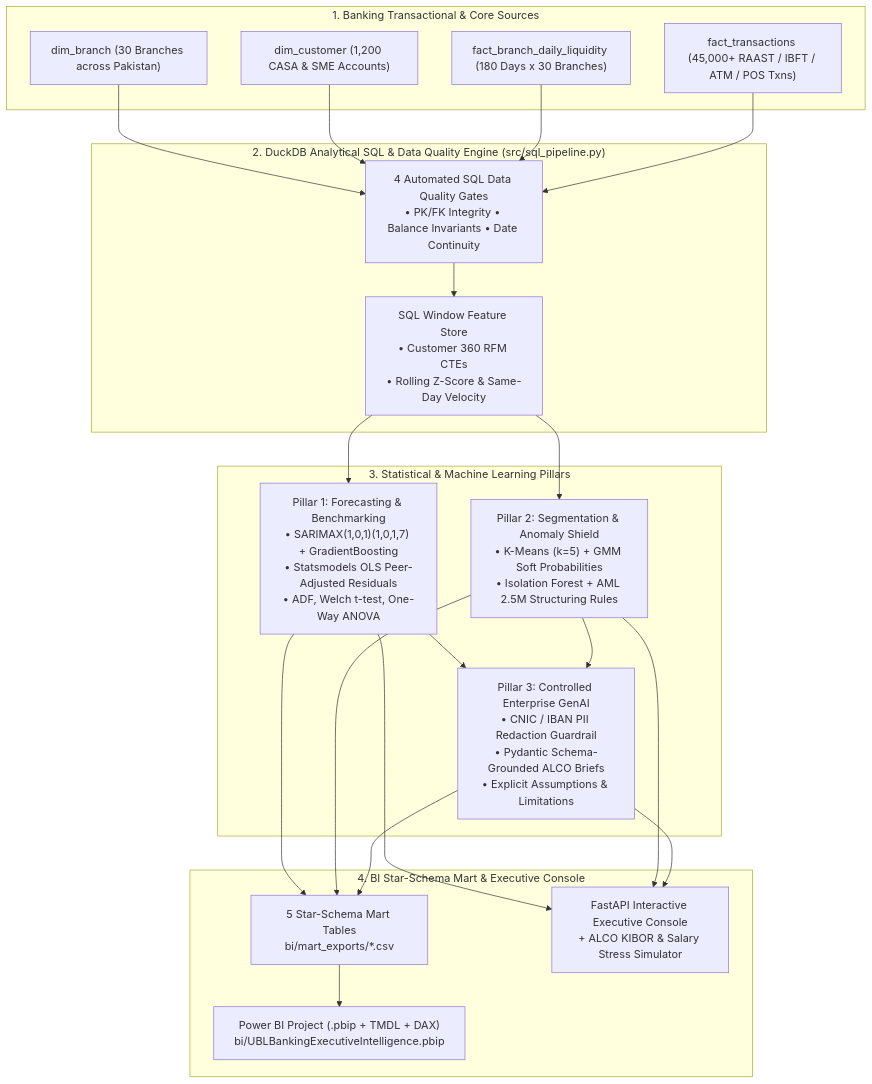
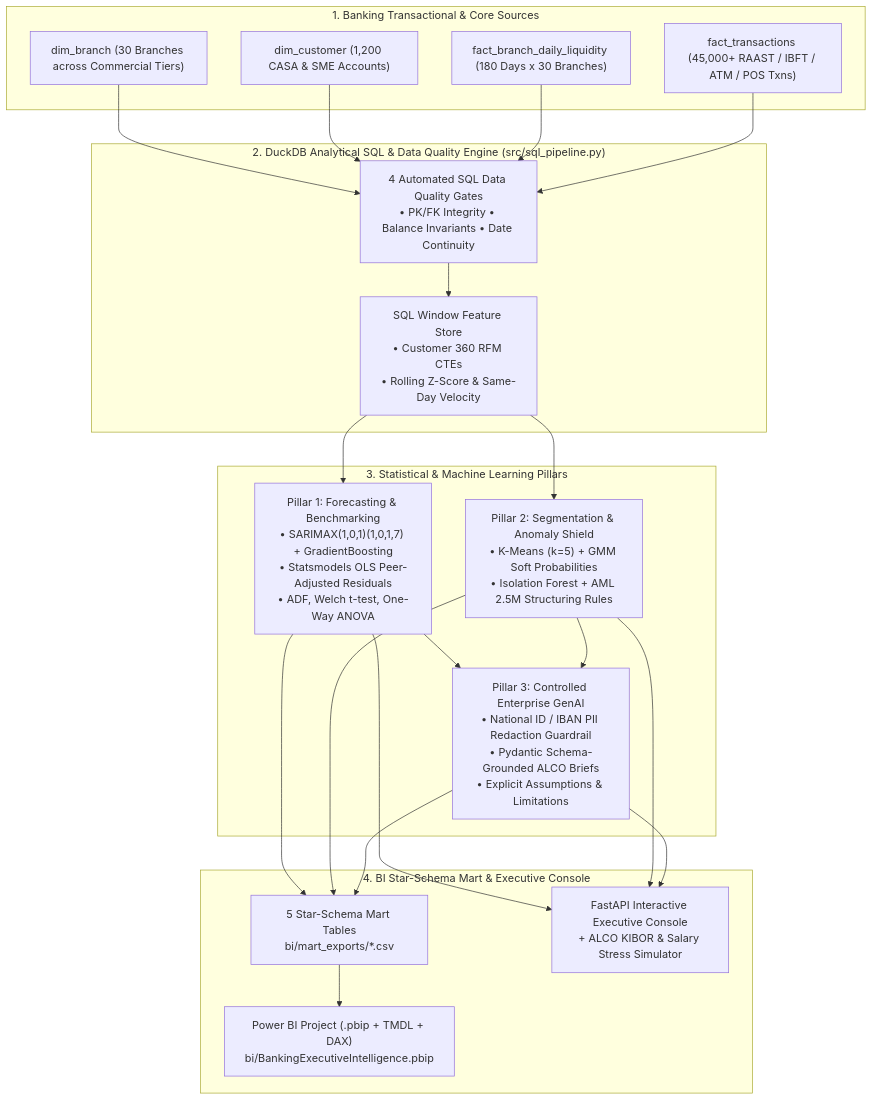
Before and after one commit to akmalkhaniub/enterprise-banking-ds-platform: the diagram in README.md, drawn with Mermaid. The commit also changed other lines of this file and 40 other files, not shown here.

Commit message:
refactor: generalize branding to Enterprise Banking Data Science Platform

````diff
--- a/README.md
+++ b/README.md
@@ -32,32 +32,32 @@
 ```mermaid
 flowchart TD
     subgraph RawLayer ["1. Banking Transactional & Core Sources"]
-        B["dim_branch (30 Branches across Pakistan)"]
+        B["dim_branch (30 Branches across Commercial Tiers)"]
         C["dim_customer (1,200 CASA & SME Accounts)"]
         L["fact_branch_daily_liquidity (180 Days x 30 Branches)"]
         T["fact_transactions (45,000+ RAAST / IBFT / ATM / POS Txns)"]
     end
 
     subgraph SQLLayer ["2. DuckDB Analytical SQL & Data Quality Engine (src/sql_pipeline.py)"]
         DQ["4 Automated SQL Data Quality Gates<br/>• PK/FK Integrity • Balance Invariants • Date Continuity"]
         W["SQL Window Feature Store<br/>• Customer 360 RFM CTEs<br/>• Rolling Z-Score & Same-Day Velocity"]
     end
 
     subgraph MLLayer ["3. Statistical & Machine Learning Pillars"]
         P1["Pillar 1: Forecasting & Benchmarking<br/>• SARIMAX(1,0,1)(1,0,1,7) + GradientBoosting<br/>• Statsmodels OLS Peer-Adjusted Residuals<br/>• ADF, Welch t-test, One-Way ANOVA"]
         P2["Pillar 2: Segmentation & Anomaly Shield<br/>• K-Means (k=5) + GMM Soft Probabilities<br/>• Isolation Forest + AML 2.5M Structuring Rules"]
-        P3["Pillar 3: Controlled Enterprise GenAI<br/>• CNIC / IBAN PII Redaction Guardrail<br/>• Pydantic Schema-Grounded ALCO Briefs<br/>• Explicit Assumptions & Limitations"]
+        P3["Pillar 3: Controlled Enterprise GenAI<br/>• National ID / IBAN PII Redaction Guardrail<br/>• Pydantic Schema-Grounded ALCO Briefs<br/>• Explicit Assumptions & Limitations"]
     end
 
     subgraph DeliveryLayer ["4. BI Star-Schema Mart & Executive Console"]
-        PBI["Power BI Project (.pbip + TMDL + DAX)<br/>bi/UBLBankingExecutiveIntelligence.pbip"]
+        PBI["Power BI Project (.pbip + TMDL + DAX)<br/>bi/BankingExecutiveIntelligence.pbip"]
         CSV["5 Star-Schema Mart Tables<br/>bi/mart_exports/*.csv"]
         UI["FastAPI Interactive Executive Console<br/>+ ALCO KIBOR & Salary Stress Simulator"]
     end
 
     B & C & L & T --> DQ --> W
     W --> P1 & P2
     P1 & P2 --> P3
     P1 & P2 & P3 --> CSV --> PBI
     P1 & P2 & P3 --> UI
 ```
````
